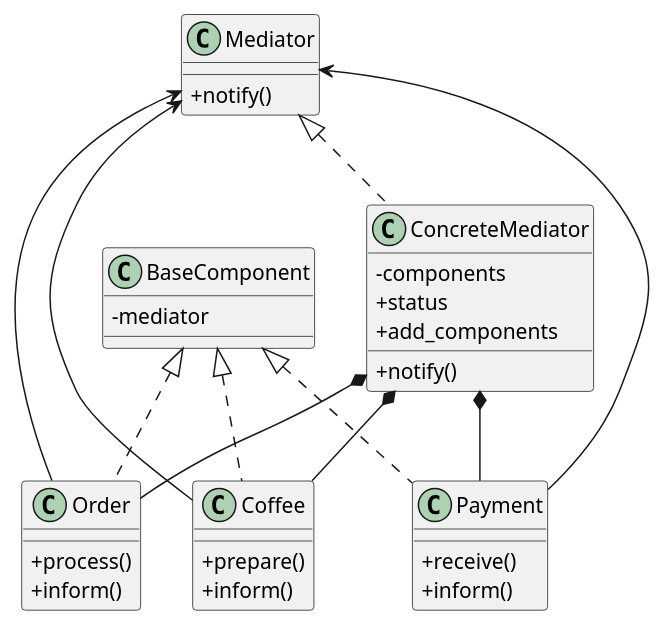
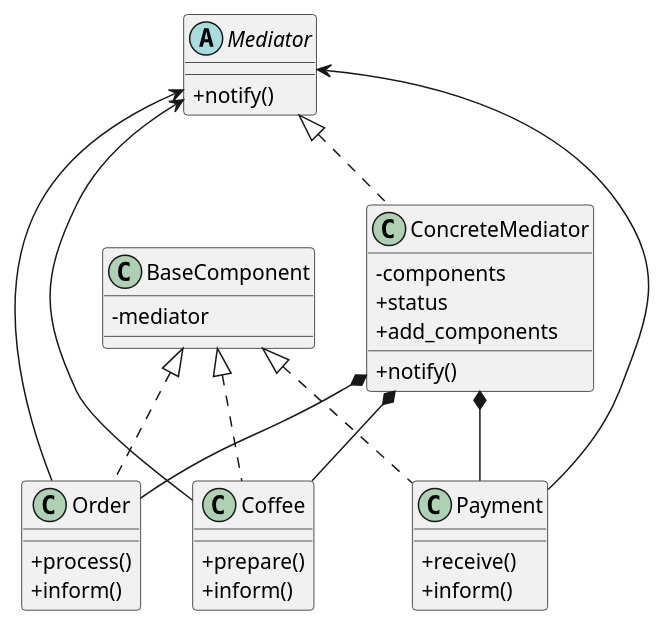
One commit to VolleyballPlayer/design-patterns changed the diagram in docs/source/pattern_description/mediator.rst. Above: the diagram before and after it, drawn with PlantUML. The commit also changed 4 other files, not shown here.

```diff
--- a/docs/source/pattern_description/mediator.rst
+++ b/docs/source/pattern_description/mediator.rst
@@ -102,52 +102,52 @@
 .. uml::
 
     @startuml
 
         skinparam classAttributeIconSize 0
 
 
         Mediator <|.. ConcreteMediator
 
         Mediator <-- Order
         Mediator <-- Coffee
         Mediator <-- Payment
 
         ConcreteMediator *-- Order
         ConcreteMediator *-- Coffee
         ConcreteMediator *-- Payment
 
         BaseComponent <|.. Order
         BaseComponent <|.. Coffee
         BaseComponent <|.. Payment
 
-        class Mediator {
+        abstract class Mediator {
         + notify()
         }
 
         class ConcreteMediator {
         - components
         + status
         + add_components
         + notify()
         }
 
         class BaseComponent {
         - mediator
         }
 
         class Coffee {
         + prepare()
         + inform()
         }
 
         class Order {
         + process()
         + inform()
         }
 
         class Payment {
         + receive()
         + inform()
         }
 
     @enduml
```
